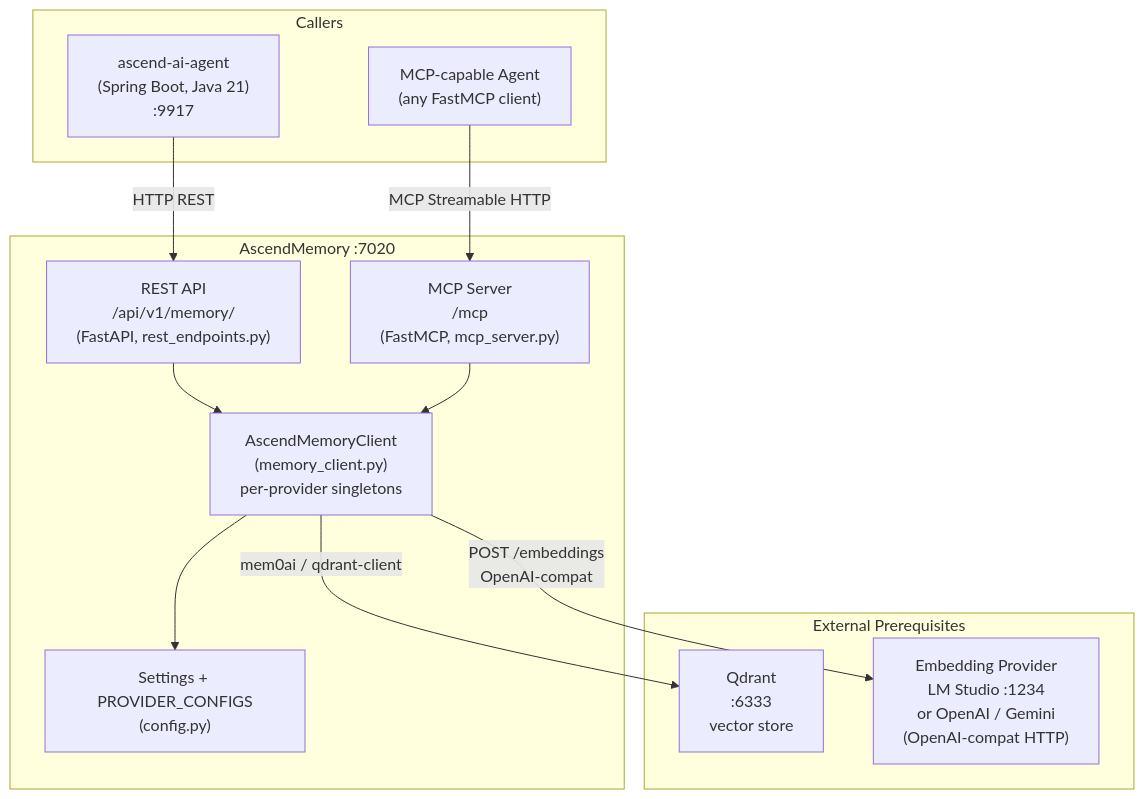
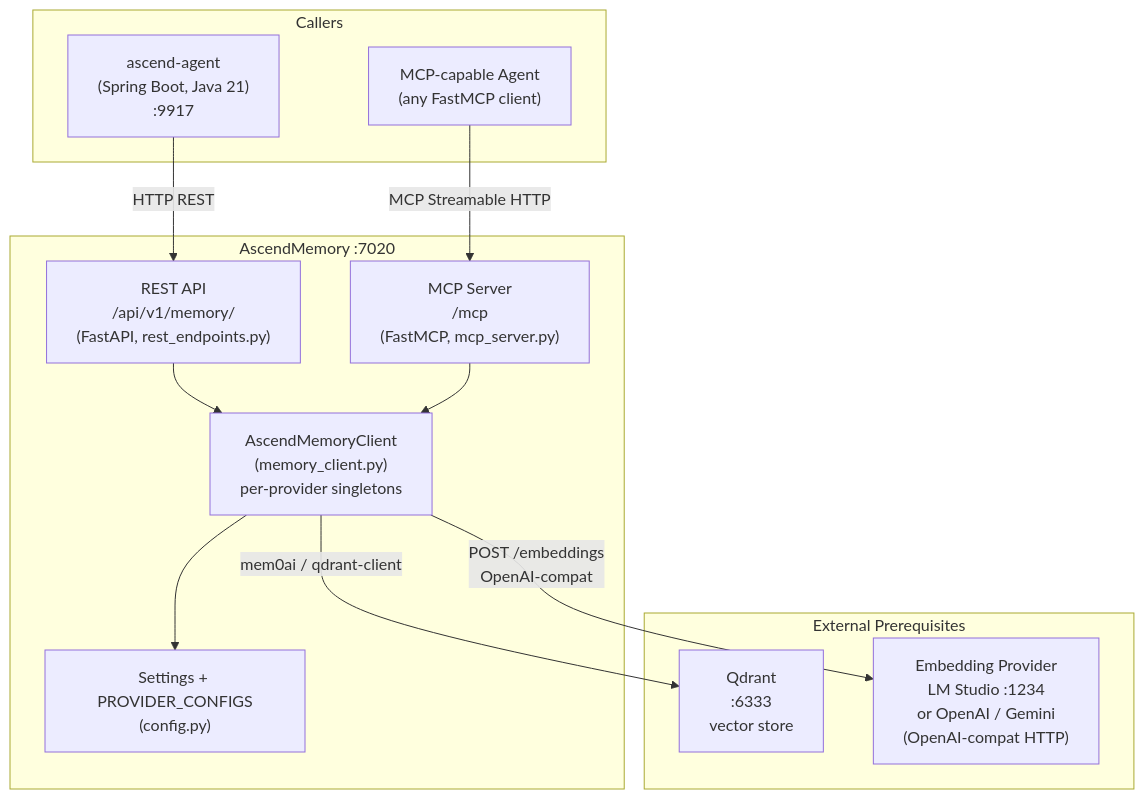
Before and after one commit to Lukk17/AscendAI: the diagram in apps/ascend-memory/docs/architecture/diagrams/container-diagram.md, drawn with Mermaid. The commit also changed 591 other files, not shown here.

````diff
--- a/apps/ascend-memory/docs/architecture/diagrams/container-diagram.md
+++ b/apps/ascend-memory/docs/architecture/diagrams/container-diagram.md
@@ -3,30 +3,30 @@
 ```mermaid
 graph TB
     accTitle: AscendMemory C4 Container Diagram
-    accDescr: Shows AscendMemory and its direct dependencies: callers ascend-ai-agent and MCP clients, and external services Qdrant and the embedding provider.
+    accDescr: Shows AscendMemory and its direct dependencies: callers ascend-agent and MCP clients, and external services Qdrant and the embedding provider.
 
     subgraph "Callers"
-        AscendAiAgent["ascend-ai-agent\n(Spring Boot, Java 21)\n:9917"]
+        AscendAiAgent["ascend-agent\n(Spring Boot, Java 21)\n:9917"]
         MCPClient["MCP-capable Agent\n(any FastMCP client)"]
     end
 
     subgraph "AscendMemory :7020"
         REST["REST API\n/api/v1/memory/\n(FastAPI, rest_endpoints.py)"]
         MCP["MCP Server\n/mcp\n(FastMCP, mcp_server.py)"]
         Service["AscendMemoryClient\n(memory_client.py)\nper-provider singletons"]
         Config["Settings + PROVIDER_CONFIGS\n(config.py)"]
     end
 
     subgraph "External Prerequisites"
         Qdrant["Qdrant\n:6333\nvector store"]
         EmbeddingProvider["Embedding Provider\nLM Studio :1234\nor OpenAI / Gemini\n(OpenAI-compat HTTP)"]
     end
 
     AscendAiAgent -->|"HTTP REST"| REST
     MCPClient -->|"MCP Streamable HTTP"| MCP
     REST --> Service
     MCP --> Service
     Service --> Config
     Service -->|"mem0ai / qdrant-client"| Qdrant
     Service -->|"POST /embeddings\nOpenAI-compat"| EmbeddingProvider
 ```
````
